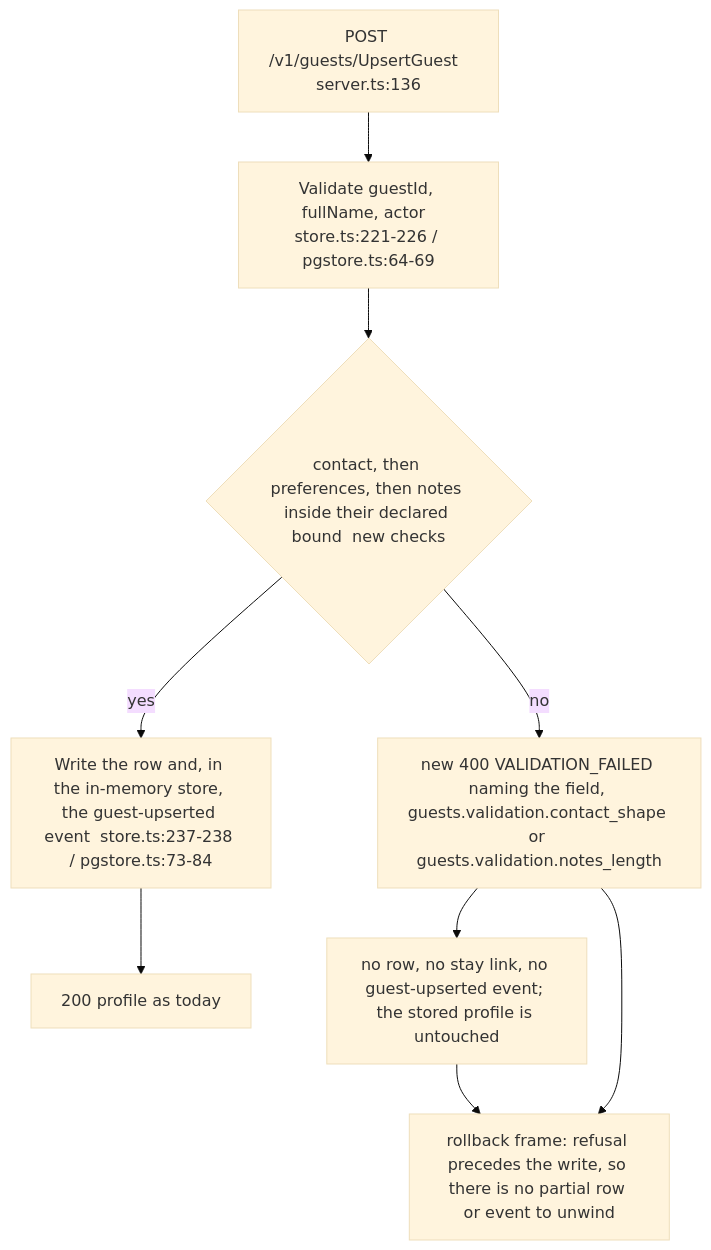
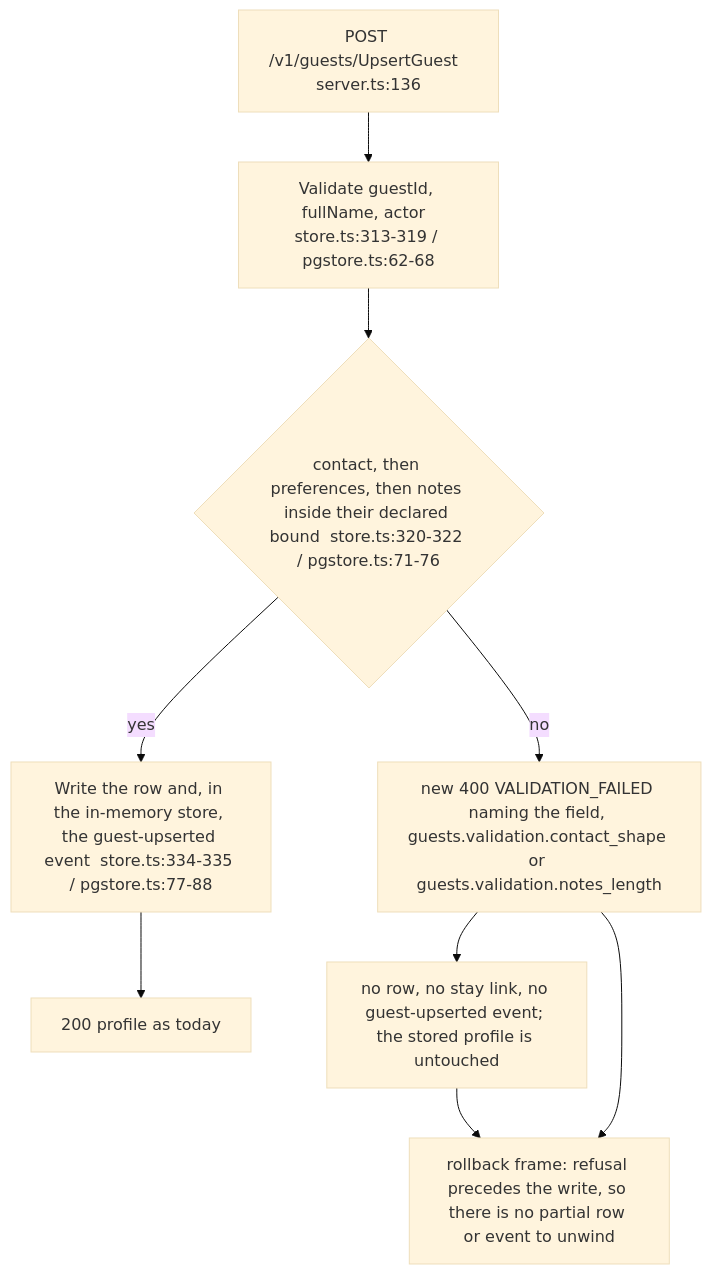
One commit to MingChen1501/hotel-mgmt changed diagram 54 of 55 in docs/architecture/lld.md. Above: the diagram before and after it, drawn with Mermaid (base theme). The commit also changed other lines of this file and 19 other files, not shown here.

First line of the commit message:
fix(guests): Refuse ambiguous guest names and bound guest payloads

````diff
--- a/docs/architecture/lld.md
+++ b/docs/architecture/lld.md
@@ -6682,11 +6704,11 @@
 ```mermaid
 flowchart TD
-    A[POST /v1/guests/UpsertGuest  server.ts:136] --> B[Validate guestId, fullName, actor  store.ts:221-226 / pgstore.ts:64-69]
-    B --> C{contact, then preferences, then notes inside their declared bound  new checks}
-    C -->|yes| D[Write the row and, in the in-memory store, the guest-upserted event  store.ts:237-238 / pgstore.ts:73-84]
+    A[POST /v1/guests/UpsertGuest  server.ts:136] --> B[Validate guestId, fullName, actor  store.ts:313-319 / pgstore.ts:62-68]
+    B --> C{contact, then preferences, then notes inside their declared bound  store.ts:320-322 / pgstore.ts:71-76}
+    C -->|yes| D[Write the row and, in the in-memory store, the guest-upserted event  store.ts:334-335 / pgstore.ts:77-88]
     C -->|no| R[new 400 VALIDATION_FAILED naming the field, guests.validation.contact_shape or guests.validation.notes_length]
     R --> N[no row, no stay link, no guest-upserted event; the stored profile is untouched]
     D --> O[200 profile as today]
     R --> N2[rollback frame: refusal precedes the write, so there is no partial row or event to unwind]
     N --> N2
 ```
````
